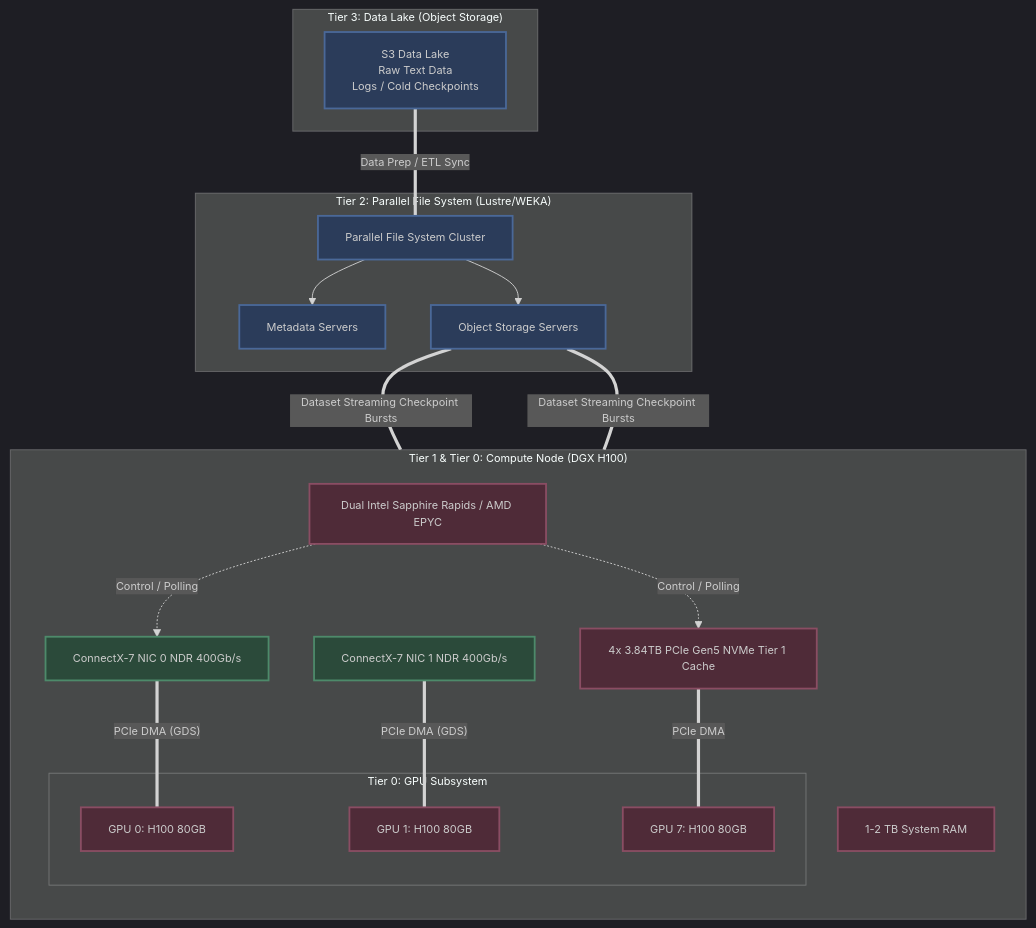
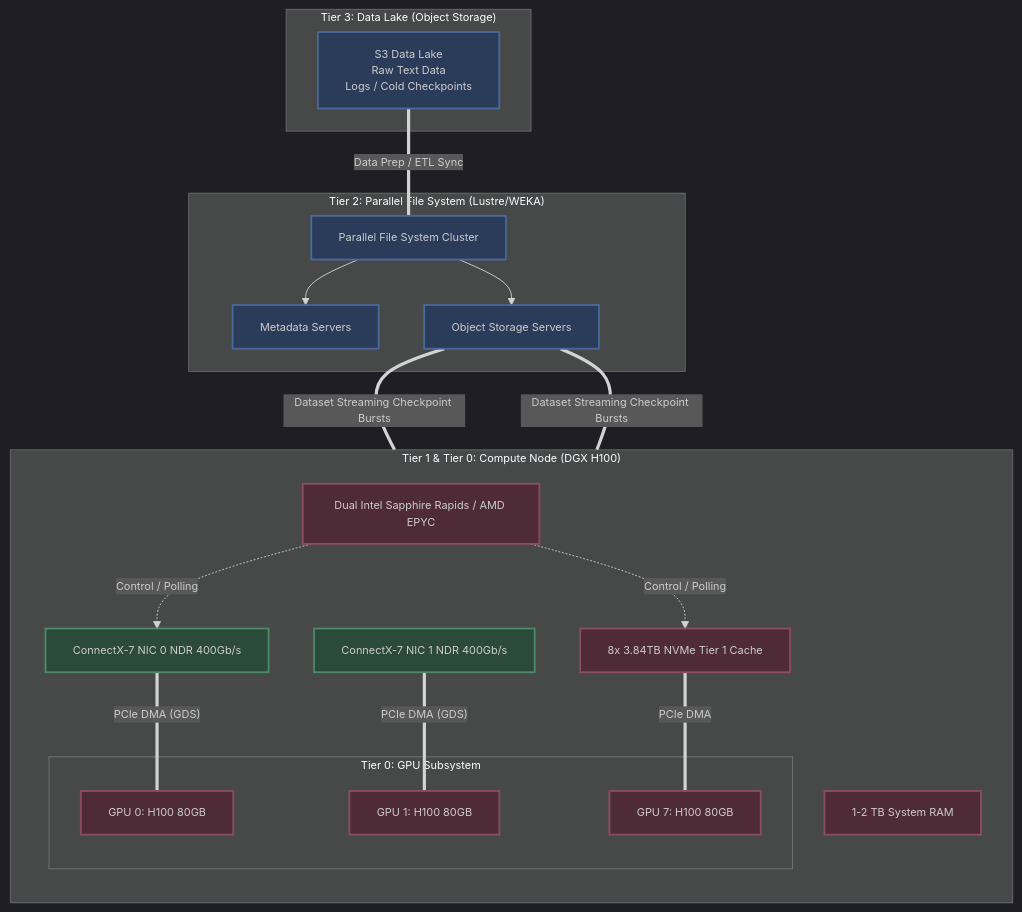
The third of 3 diagrams in docs/volume-06/03-ai-storage-data-pipelines-masterclass.md (jithinpnjm/nvidia-devops), drawn with Mermaid before and after one commit. The commit also changed other lines of this file and 289 other files, not shown here.

````diff
--- a/docs/volume-06/03-ai-storage-data-pipelines-masterclass.md
+++ b/docs/volume-06/03-ai-storage-data-pipelines-masterclass.md
@@ -425,55 +399,53 @@
 ```mermaid
 %%{init: {'theme': 'dark', 'themeVariables': { 'fontFamily': 'monospace', 'fontSize': '12px'}}}%%
 flowchart TD
     subgraph "Tier 3: Data Lake (Object Storage)"
-        S3[S3 Data Lake
-Raw Text Data
-Logs / Cold Checkpoints]
+        S3["S3 Data Lake<br/>Raw Text Data<br/>Logs / Cold Checkpoints"]
     end
 
     subgraph "Tier 2: Parallel File System (Lustre/WEKA)"
         PFS[Parallel File System Cluster]
         PFS_MD[Metadata Servers]
         PFS_OSS[Object Storage Servers]
         PFS --> PFS_MD
         PFS --> PFS_OSS
     end
 
     subgraph "Tier 1 & Tier 0: Compute Node (DGX H100)"
         direction TB
         HostCPU["Dual Intel Sapphire Rapids / AMD EPYC"]
         HostRAM["1-2 TB System RAM"]
-        NVMe["4x 3.84TB PCIe Gen5 NVMe Tier 1 Cache"]
+        NVMe["8x 3.84TB NVMe Tier 1 Cache"]
         
         subgraph "Tier 0: GPU Subsystem"
             GPU1["GPU 0: H100 80GB"]
             GPU2["GPU 1: H100 80GB"]
             GPU3["GPU 7: H100 80GB"]
         end
         
         NIC1["ConnectX-7 NIC 0 NDR 400Gb/s"]
         NIC2["ConnectX-7 NIC 1 NDR 400Gb/s"]
     end
 
     %% Connections
     S3 ===|"Data Prep / ETL Sync"| PFS
     
     PFS_OSS ===|"Dataset Streaming Checkpoint Bursts"| NIC1
     PFS_OSS ===|"Dataset Streaming Checkpoint Bursts"| NIC2
     
     NIC1 ===|"PCIe DMA (GDS)"| GPU1
     NIC2 ===|"PCIe DMA (GDS)"| GPU2
     
     NVMe ===|"PCIe DMA"| GPU3
     
     HostCPU -. "Control / Polling" .-> NIC1
     HostCPU -. "Control / Polling" .-> NVMe
 
     classDef storage fill:#2b3c5a,stroke:#4a6898,stroke-width:2px;
     classDef compute fill:#4f2b38,stroke:#8a4d63,stroke-width:2px;
     classDef net fill:#2b4a3a,stroke:#4d8a6a,stroke-width:2px;
     
     class S3,PFS,PFS_MD,PFS_OSS storage;
     class HostCPU,HostRAM,GPU1,GPU2,GPU3,NVMe compute;
     class NIC1,NIC2 net;
 ```
````
